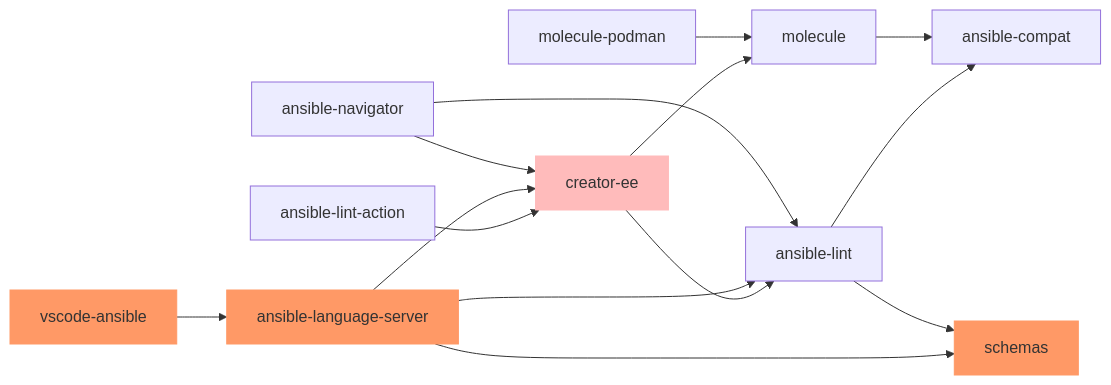
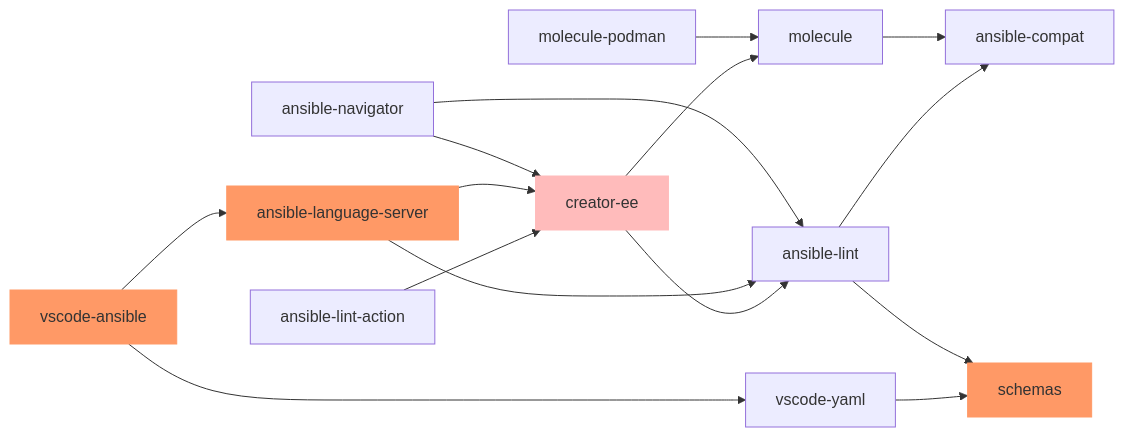
Before and after one commit to ansible/team-devtools: the diagram in README.md, drawn with Mermaid. The commit also changed other lines of this file, not shown here.

Commit message:
Update README.md
Correct vscode-ansible extension depedency.

````diff
--- a/README.md
+++ b/README.md
@@ -6,33 +6,36 @@
 ```mermaid
 graph LR;
 
   classDef typescriptclass fill:#f96,stroke:#f96;
   classDef containerclass fill:#fbb,stroke:#fbb;
+  classDef thirdpartyclass fill:#9f6,stroke:#9f6;
 
   ansible-lint-action --> creator-ee;
   creator-ee --> ansible-lint;
 
   ansible-lint --> ansible-compat;
   molecule --> ansible-compat;
   creator-ee:::containerclass --> molecule;
   vscode-ansible:::typescriptclass --> ansible-language-server;
+vscode-ansible:::typescriptclass --> vscode-yaml;
   ansible-language-server:::typescriptclass --> ansible-lint;
   ansible-language-server --> creator-ee;
 
   molecule-podman --> molecule;
-  ansible-language-server --> schemas:::typescriptclass;
+  vscode-yaml --> schemas:::typescriptclass;
   ansible-lint --> schemas;
   ansible-navigator --> ansible-lint;
   ansible-navigator --> creator-ee;
 
  click ansible-lint-action href "https://github.com/ansible-community/ansible-lint-action"
  click molecule href "https://github.com/ansible-community/molecule"
  click molecule-podman href "https://github.com/ansible-community/molecule-podman"
  click schemas href "https://github.com/ansible-community/schemas"
  click creator-ee href "https://github.com/ansible/creator-ee"
  click ansible-lint href "https://github.com/ansible/ansible-lint"
  click ansible-compat href "https://github.com/ansible/ansible-compat"
  click ansible-navigator href "https://github.com/ansible/ansible-navigator"
  click ansible-language-server href "https://github.com/ansible/ansible-language-server"
  click vscode-ansible href "https://github.com/ansible/vscode-ansible"
+ click vscode-yaml href "https://github.com/redhat-developer/vscode-yaml"
 ```
````
